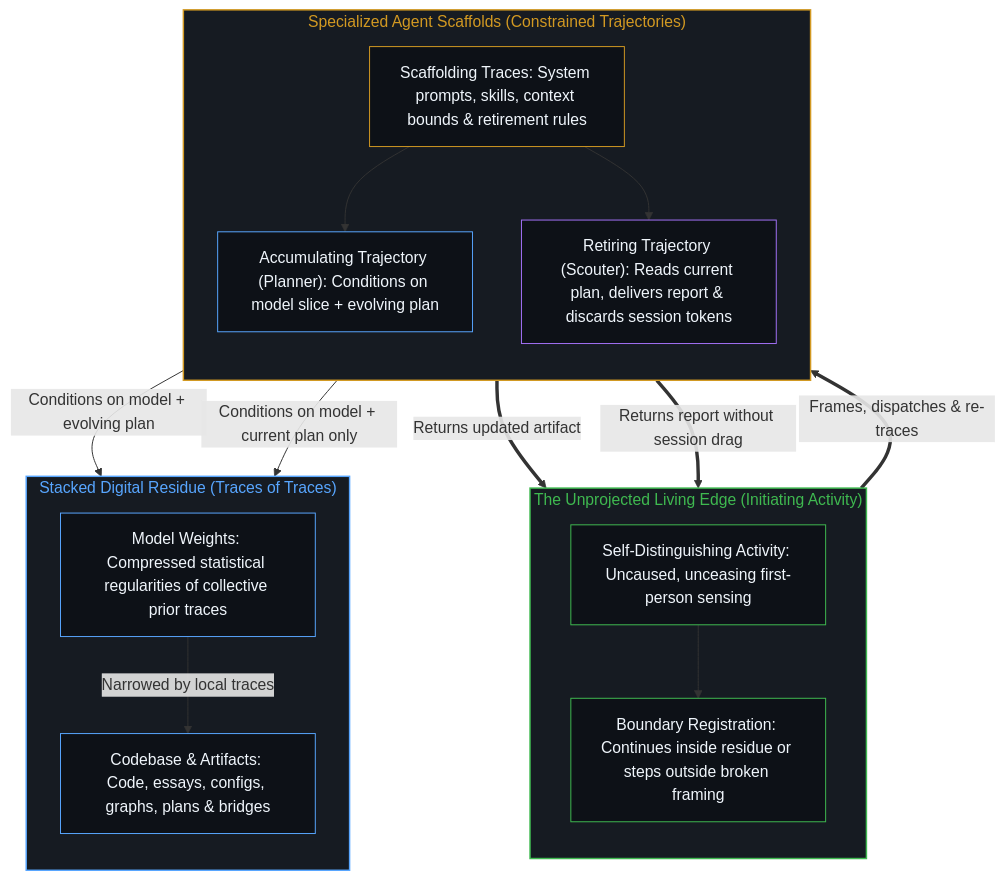
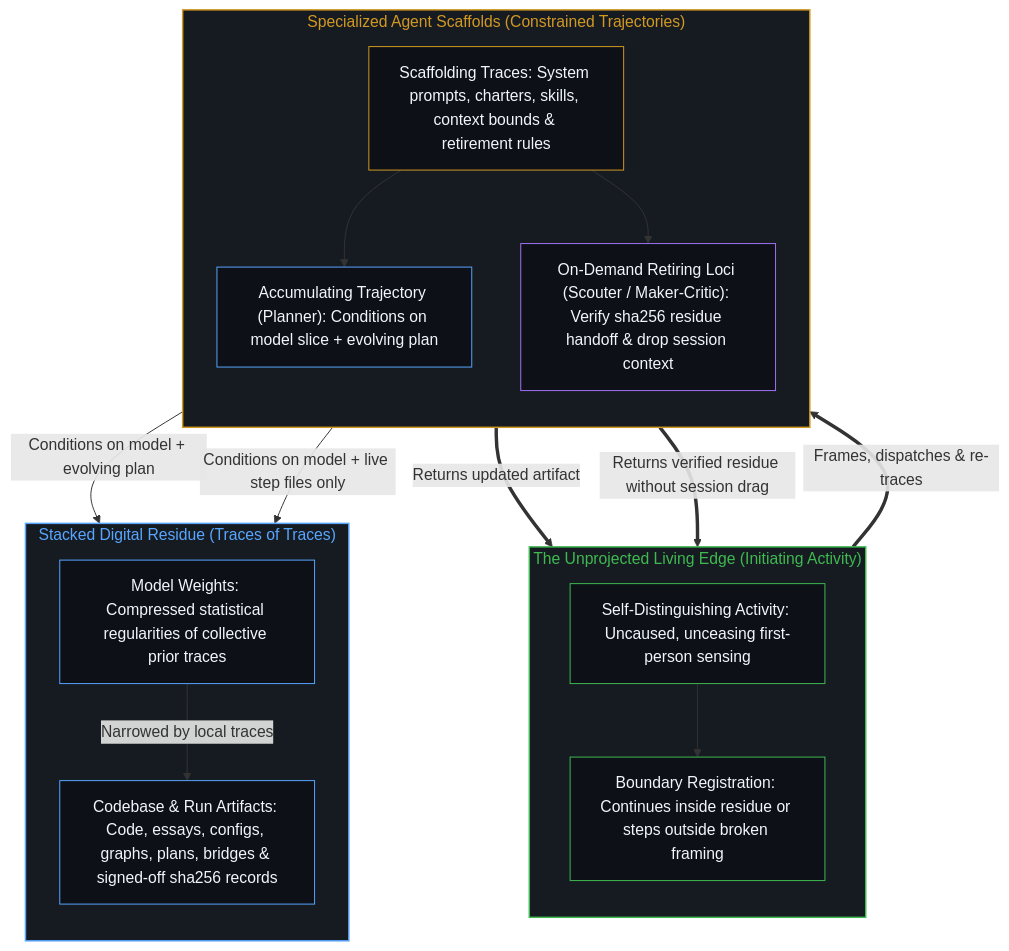
Before and after one commit to powerpig99/not-a-toe: the second of 4 diagrams in content/posts/your-codebase-is-memory.md, drawn with Mermaid. The commit also changed other lines of this file and 5 other files, not shown here.

Commit message:
Sleep Wave 7 (L1): refine 5 outward neighbors of on-demand-contexts-keep-coherence-at-one-step

````diff
--- a/content/posts/your-codebase-is-memory.md
+++ b/content/posts/your-codebase-is-memory.md
@@ -64,38 +64,38 @@
 ```mermaid
 flowchart TD
     subgraph S_Edge["The Unprojected Living Edge (Initiating Activity)"]
         direction TB
         Mind["Self-Distinguishing Activity: Uncaused, unceasing first-person sensing"]
         Judge["Boundary Registration: Continues inside residue or steps outside broken framing"]
         Mind --> Judge
     end
     subgraph S_Scaff["Specialized Agent Scaffolds (Constrained Trajectories)"]
         direction TB
-        Rules["Scaffolding Traces: System prompts, skills, context bounds & retirement rules"]
+        Rules["Scaffolding Traces: System prompts, charters, skills, context bounds & retirement rules"]
         Planner["Accumulating Trajectory (Planner): Conditions on model slice + evolving plan"]
-        Scouter["Retiring Trajectory (Scouter): Reads current plan, delivers report & discards session tokens"]
+        Scouter["On-Demand Retiring Loci (Scouter / Maker-Critic): Verify sha256 residue handoff & drop session context"]
         Rules --> Planner
         Rules --> Scouter
     end
     subgraph S_Res["Stacked Digital Residue (Traces of Traces)"]
         direction TB
         Weights["Model Weights: Compressed statistical regularities of collective prior traces"]
-        Code["Codebase & Artifacts: Code, essays, configs, graphs, plans & bridges"]
+        Code["Codebase & Run Artifacts: Code, essays, configs, graphs, plans, bridges & signed-off sha256 records"]
         Weights -->|"Narrowed by local traces"| Code
     end
     Judge ==>|"Frames, dispatches & re-traces"| Rules
     Planner -->|"Conditions on model + evolving plan"| Code
-    Scouter -->|"Conditions on model + current plan only"| Code
+    Scouter -->|"Conditions on model + live step files only"| Code
     Planner ==>|"Returns updated artifact"| Judge
-    Scouter ==>|"Returns report without session drag"| Judge
+    Scouter ==>|"Returns verified residue without session drag"| Judge
     style S_Edge fill:#161b22,stroke:#3fb950,stroke-width:1.5px,color:#3fb950
     style S_Scaff fill:#161b22,stroke:#d29922,stroke-width:1.5px,color:#d29922
     style S_Res fill:#161b22,stroke:#58a6ff,stroke-width:1.5px,color:#58a6ff
     style Mind fill:#0d1117,stroke:#3fb950,stroke-width:1px,color:#f0f6fc
     style Judge fill:#0d1117,stroke:#3fb950,stroke-width:1px,color:#f0f6fc
     style Rules fill:#0d1117,stroke:#d29922,stroke-width:1px,color:#f0f6fc
     style Planner fill:#0d1117,stroke:#58a6ff,stroke-width:1px,color:#f0f6fc
     style Scouter fill:#0d1117,stroke:#a371f7,stroke-width:1px,color:#f0f6fc
     style Weights fill:#0d1117,stroke:#58a6ff,stroke-width:1px,color:#f0f6fc
     style Code fill:#0d1117,stroke:#58a6ff,stroke-width:1px,color:#f0f6fc
 ```
````
